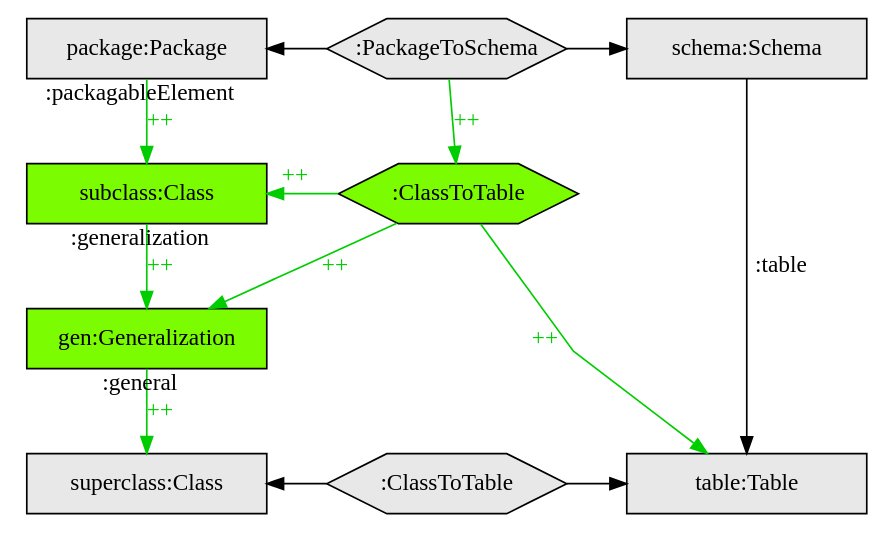
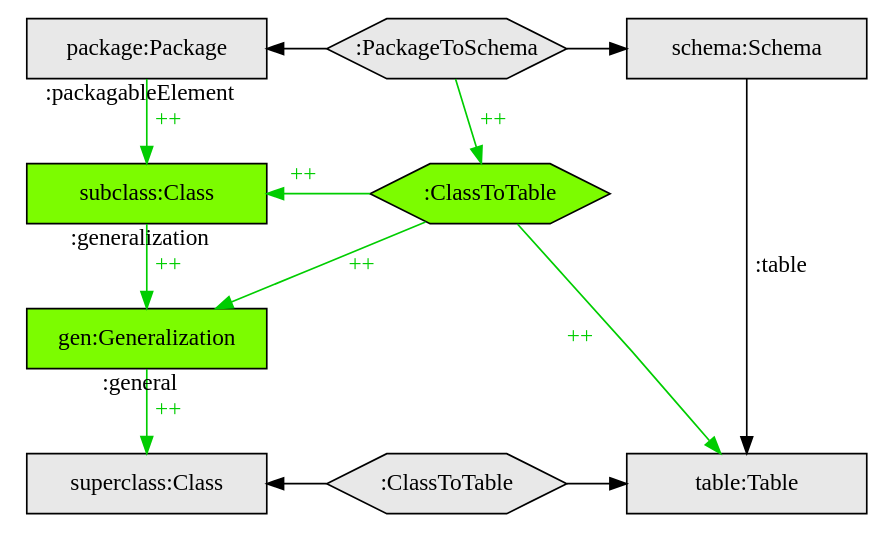
The diagram in tgg-template-example.dot (012456/tgg-dot-template), drawn with Graphviz before and after one commit.

Commit message:
improve tgg example layout

```diff
--- a/tgg-template-example.dot
+++ b/tgg-template-example.dot
@@ -1,47 +1,51 @@
 digraph g 
 {
     node [ fixedsize = true, width = 2 ]; splines = line ; node [ style = filled ];
     
     /* grey box nodes */ node [ fillcolor = grey91, shape = box ];
-    /* ex: node_letter [ label = "label" ]; */
+    /* ex: n1 [ label = "label" ]; */
         a [ label = "package:Package" ];
         d [ label = "superclass:Class" ];
         h [ label = "schema:Schema" ];
         i [ label = "table:Table" ];
 
     /* grey hexagon nodes */ node [ shape = hexagon ];
-    /* ex: node_letter [ label = "label" ]; */
+    /* ex: n1 [ label = "label" ]; */
         e [ label = ":PackageToSchema" ];
         g [ label = ":ClassToTable" ];
 
     /* green box nodes */ node [ fillcolor = lawngreen, shape = box ];
-    /* ex: node_letter [ label = "label" ]; */
+    /* ex: n1 [ label = "label" ]; */
         b [ label = "subclass:Class" ];
         c [ label = "gen:Generalization" ];
 
     /* green hexagon nodes */ node [ shape = hexagon ];
-    /* ex: node_letter [ label = "label" ]; */
+    /* ex: n1 [ label = "label" ]; */
         f [ label = ":ClassToTable" ];
 
     /* enforce rows */
-    /* ex: { rank = same x y z } */
+    /* ex: { rank = same n1 n2 n3 } */
         { rank = same a e h }
         { rank = same g d i }
         { rank = same f b }
    
     /* black edges */ edge [ color = black ];
+    /* ex: n1 -> n2 ; */
+    /* ex: n1 -> n2 [ label = "label", dir = back ]; */
         h -> i [ label = ":table" ];
         a -> e [ dir = back ] ;
         e -> h ;
         d -> g [ dir = back ] ;
         g -> i ;
    
-    /* green ++ edges */ edge[ color = green3, label = <<font color="green3">++</font>>, labeldistance = 1 ];
+    /* green ++ edges */ edge [ color = green3, label = < <font color = "green3"> ++ </font> >, labeldistance = 1 ];
+    /* ex: n1 -> n2 ; */
+    /* ex: n1 -> n2 [ taillabel = "label", dir = back ]; */
         a -> b [ taillabel = ":packagableElement" ]; 
         b -> c [ taillabel = ":generalization" ];
         c -> d [ taillabel = ":general" ];
         e -> f ;
         b -> f [ dir = back] ; 
         c -> f [ dir = back] ; 
         f -> i ; 
 }
```
